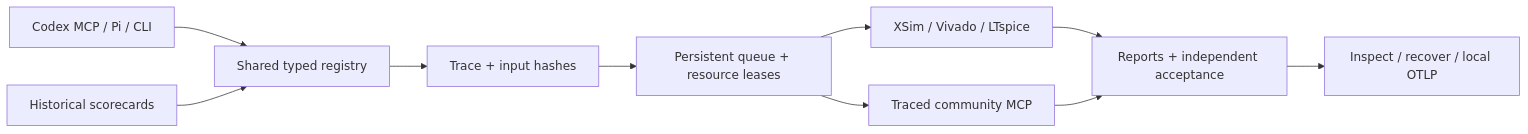
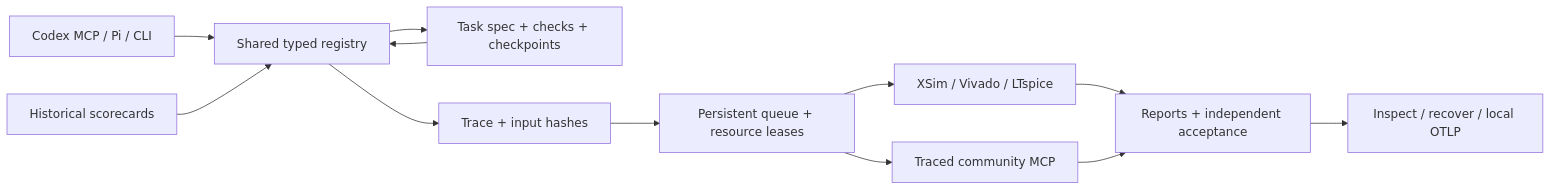
One commit to Sanssssssssssssssss/native-eda-agent changed the diagram in README.md. Above: the diagram before and after it, drawn with Mermaid. The commit also changed other lines of this file and 37 other files, not shown here.

````diff
--- a/README.md
+++ b/README.md
@@ -44,12 +56,14 @@
 ```mermaid
 flowchart LR
   A[Codex MCP / Pi / CLI] --> B[Shared typed registry]
+  B --> W[Task spec + checks + checkpoints]
+  W --> B
   B --> C[Trace + input hashes]
   C --> D[Persistent queue + resource leases]
   D --> E[XSim / Vivado / LTspice]
   D --> F[Traced community MCP]
   E --> G[Reports + independent acceptance]
   F --> G
   G --> H[Inspect / recover / local OTLP]
   I[Historical scorecards] --> B
 ```
````
